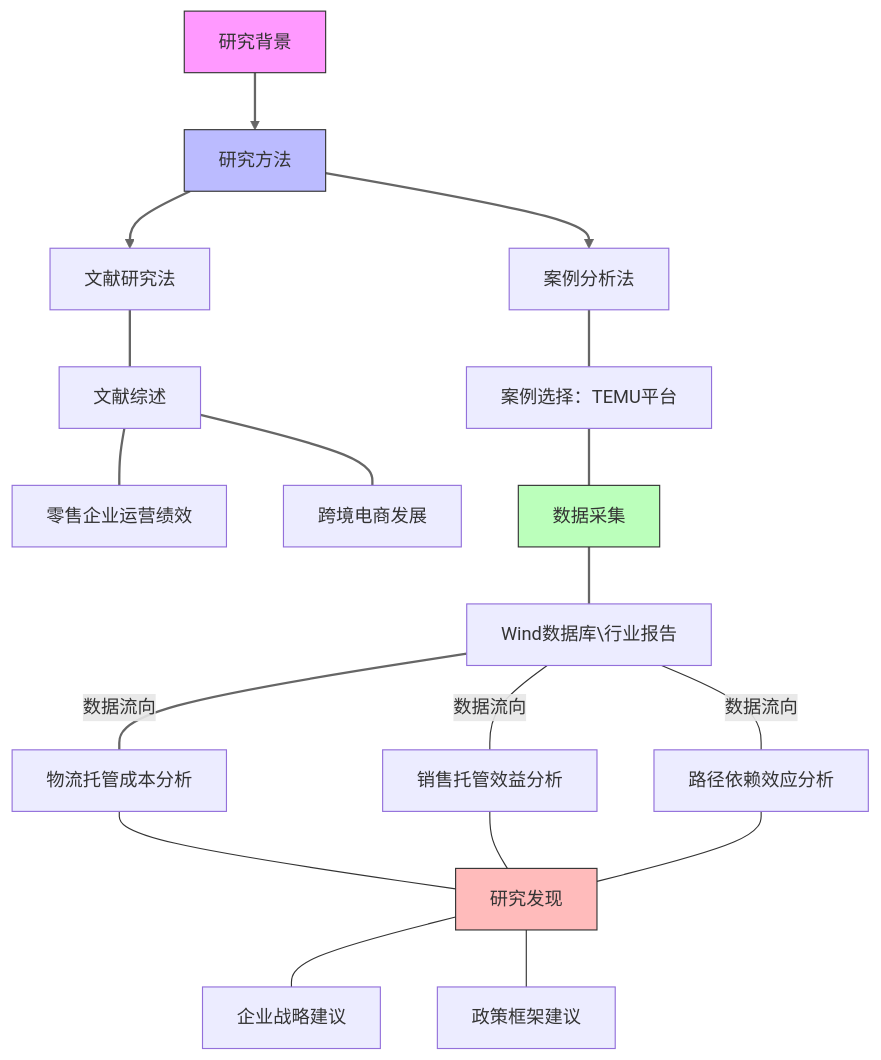
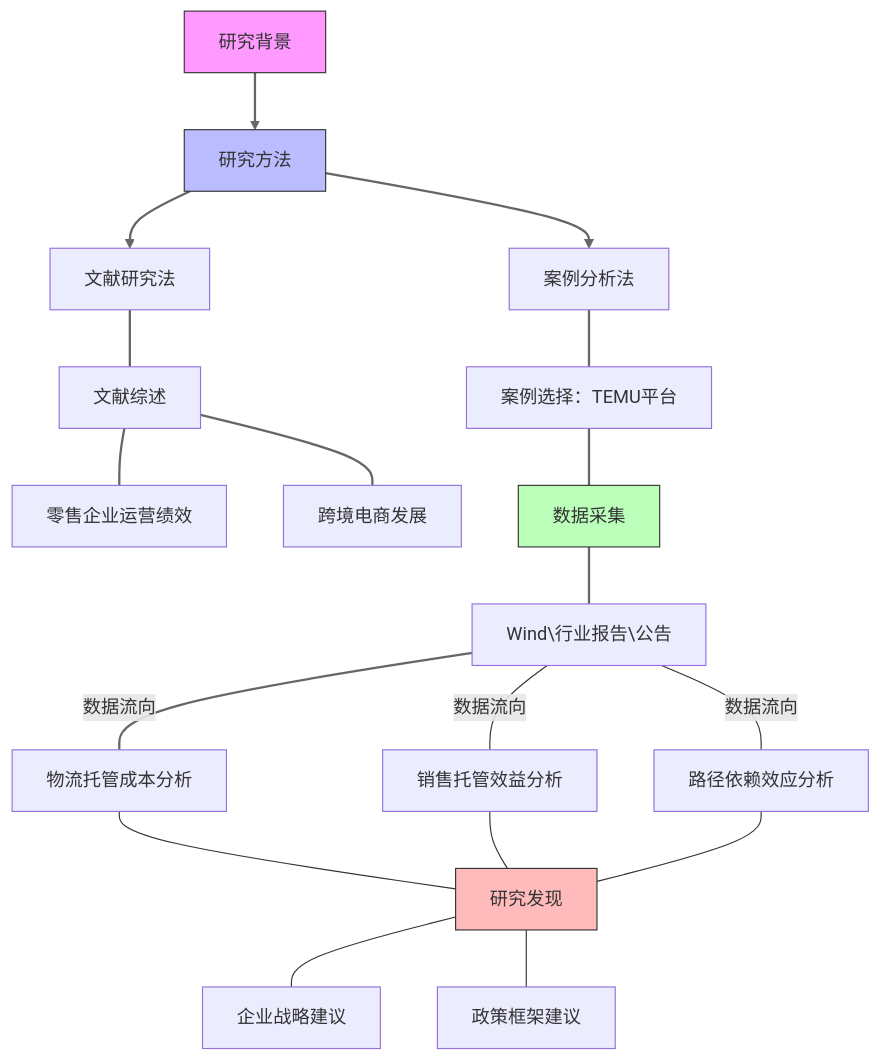
Before and after one commit to Zora0203/iodraw-files: the diagram in all/未命名.md, drawn with Mermaid.

Commit message:
2025-03-02 19:34:15 update

````diff
--- a/all/未命名.md
+++ b/all/未命名.md
@@ -1,29 +1,29 @@
 ```mermaid
 graph TD
     A[研究背景] --> B[研究方法]
     B --> B1[文献研究法]
     B --> B2[案例分析法]
 
     B1 --- C[文献综述]
     C --- C1[零售企业运营绩效]
     C --- C2[跨境电商发展]
 
     B2 --- D[案例选择：TEMU平台]
     D --- D1[数据采集]
-    D1 --- D11[Wind数据库\行业报告]
+    D1 --- D11[Wind\行业报告\公告]
 
     D11---|数据流向| E1[物流托管成本分析]
     D11---|数据流向| E2[销售托管效益分析]
     D11---|数据流向| E3[路径依赖效应分析]
 
     E1 & E2 & E3 --- I[研究发现]
     I --- J[企业战略建议]
     I --- K[政策框架建议]
 
     style A fill:#f9f,stroke:#333
     style B fill:#bbf,stroke:#333
     style D1 fill:#bfb,stroke:#333
     style I fill:#fbb,stroke:#333
 
     linkStyle 0,1,2,3,4,5,6,7,8,9 stroke:#666,stroke-width:2px
 ```
````
